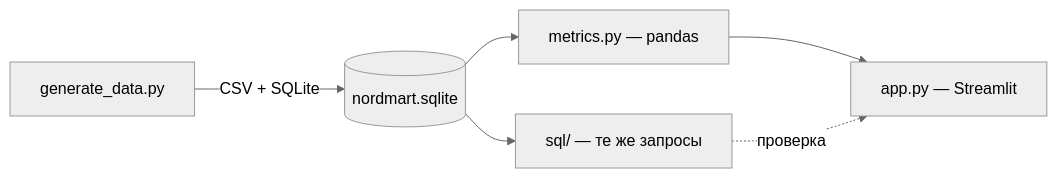
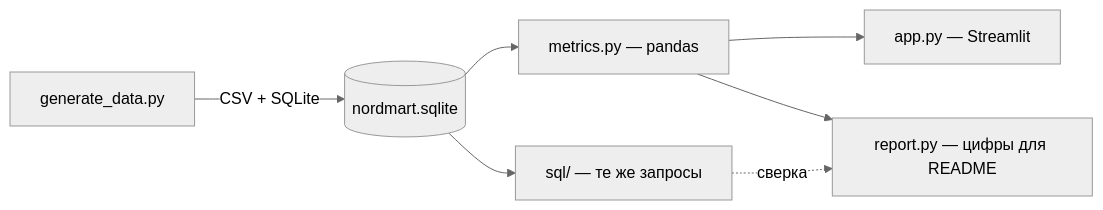
The diagram in README.md (Rasul100/nordmart-funnel-analytics), drawn with Mermaid (neutral theme) before and after one commit. The commit also changed other lines of this file and 12 other files, not shown here.

````diff
--- a/README.md
+++ b/README.md
@@ -79,8 +84,9 @@
 ```mermaid
 flowchart LR
     A[generate_data.py] -->|CSV + SQLite| B[(nordmart.sqlite)]
     B --> C[metrics.py — pandas]
     B --> D[sql/ — те же запросы]
     C --> E[app.py — Streamlit]
-    D -. проверка .-> E
+    C --> F[report.py — цифры для README]
+    D -. сверка .-> F
 ```
````
